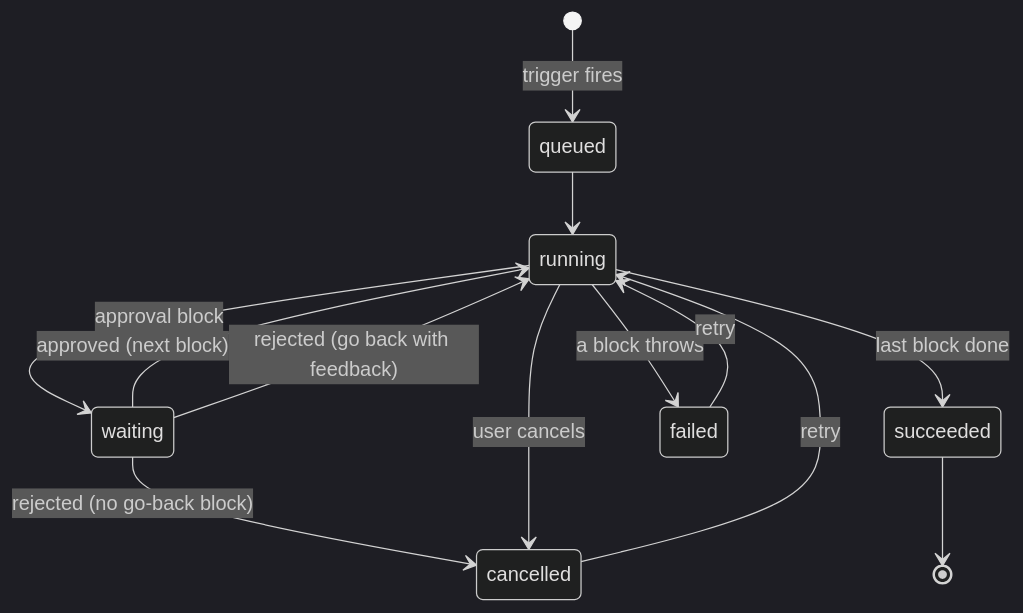
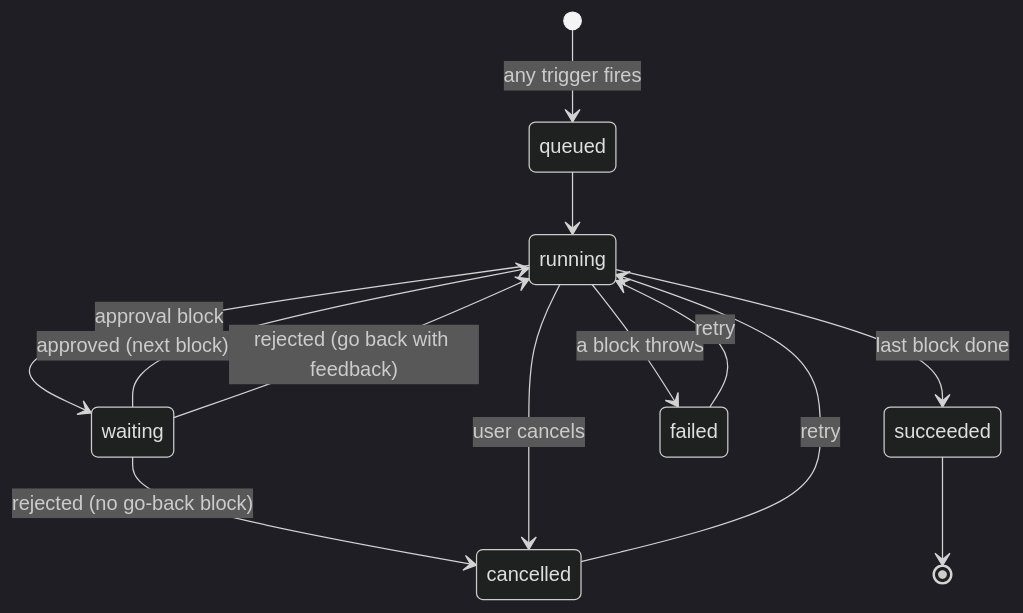
The second of 6 diagrams in docs/ARCHITECTURE.md (murilopereirame/automatic-system), drawn with Mermaid (dark theme) before and after one commit. The commit also changed other lines of this file and 35 other files, not shown here.

````diff
--- a/docs/ARCHITECTURE.md
+++ b/docs/ARCHITECTURE.md
@@ -76,15 +76,15 @@
 ```mermaid
 stateDiagram-v2
-    [*] --> queued: trigger fires
+    [*] --> queued: any trigger fires
     queued --> running
     running --> waiting: approval block
     waiting --> running: approved (next block)
     waiting --> running: rejected (go back with feedback)
     waiting --> cancelled: rejected (no go-back block)
     running --> succeeded: last block done
     running --> failed: a block throws
     running --> cancelled: user cancels
     failed --> running: retry
     cancelled --> running: retry
     succeeded --> [*]
 ```
````
